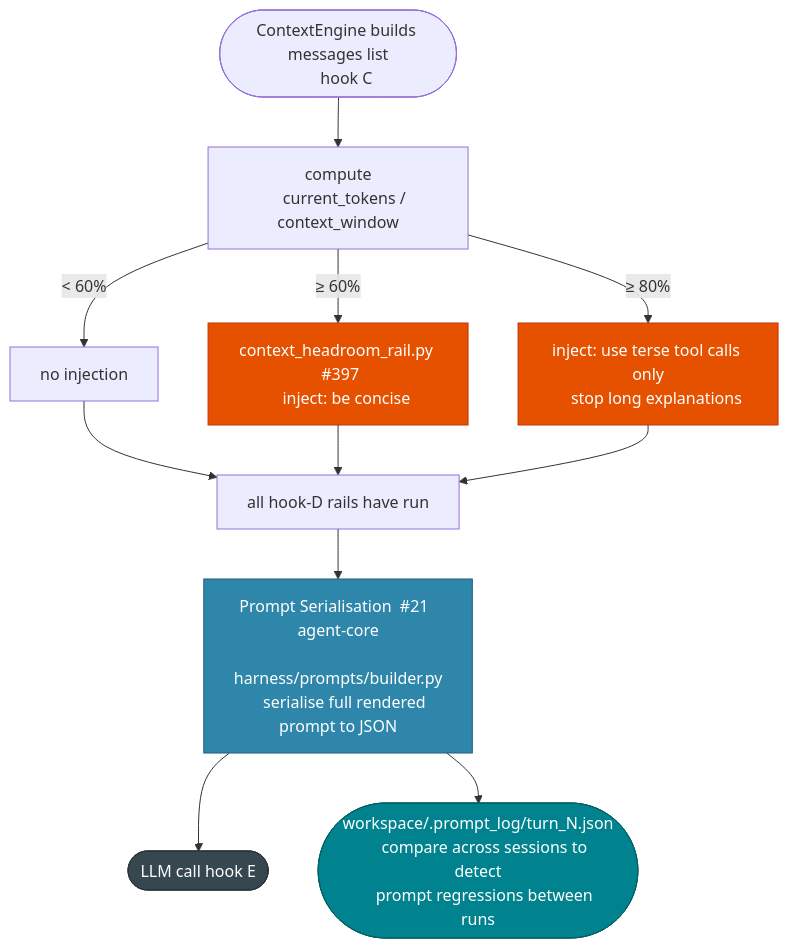
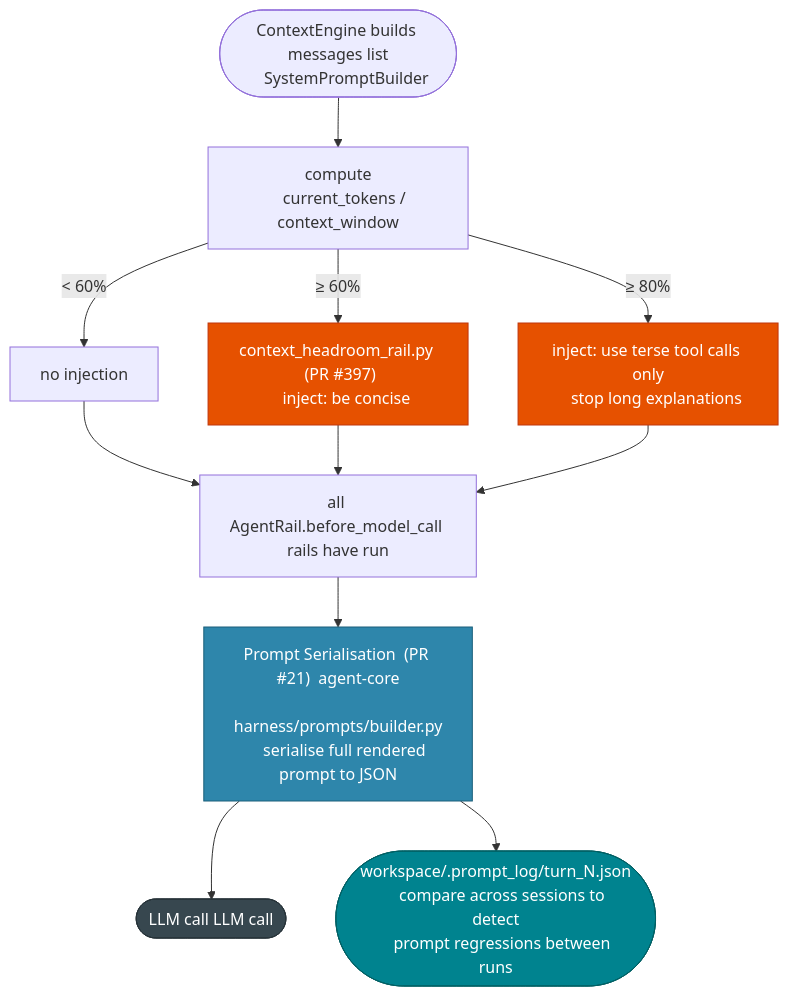
One commit to michaelatamuk/openjiuwen-jiuwenswarm changed the sixth of 8 diagrams in docs-michael/Implementation.Overview.md. Above: the diagram before and after it, drawn with Mermaid. The commit also changed other lines of this file, not shown here.

````diff
--- a/docs-michael/Implementation.Overview.md
+++ b/docs-michael/Implementation.Overview.md
@@ -956,31 +956,31 @@
 ```mermaid
 flowchart TD
     classDef pre  fill:#E65100,color:#fff,stroke:#BF360C
     classDef ac   fill:#2E86AB,color:#fff,stroke:#1a5f7a
     classDef log  fill:#00838F,color:#fff,stroke:#006064
     classDef io   fill:#37474F,color:#fff,stroke:#263238
 
     MSG(["ContextEngine builds messages list
-    hook C"])
+    SystemPromptBuilder"])
 
     MSG --> RATIO["compute
     current_tokens / context_window"]
 
     RATIO -->|"< 60%"| PASS["no injection"]
-    RATIO -->|"≥ 60%"| NUDGE["context_headroom_rail.py  #397
+    RATIO -->|"≥ 60%"| NUDGE["context_headroom_rail.py  (PR #397)
     inject: be concise"]:::pre
     RATIO -->|"≥ 80%"| CRIT["inject: use terse tool calls only
     stop long explanations"]:::pre
 
-    PASS & NUDGE & CRIT --> ALL["all hook-D rails have run"]
+    PASS & NUDGE & CRIT --> ALL["all AgentRail.before_model_call rails have run"]
 
-    ALL --> SER["Prompt Serialisation  #21  agent-core
+    ALL --> SER["Prompt Serialisation  (PR #21)  agent-core
     harness/prompts/builder.py
     serialise full rendered prompt to JSON"]:::ac
 
-    SER --> LLM(["LLM call  hook E"]):::io
+    SER --> LLM(["LLM call  LLM call"]):::io
 
     SER --> LOG(["workspace/.prompt_log/turn_N.json
     compare across sessions to detect
     prompt regressions between runs"]):::log
 ```
````
